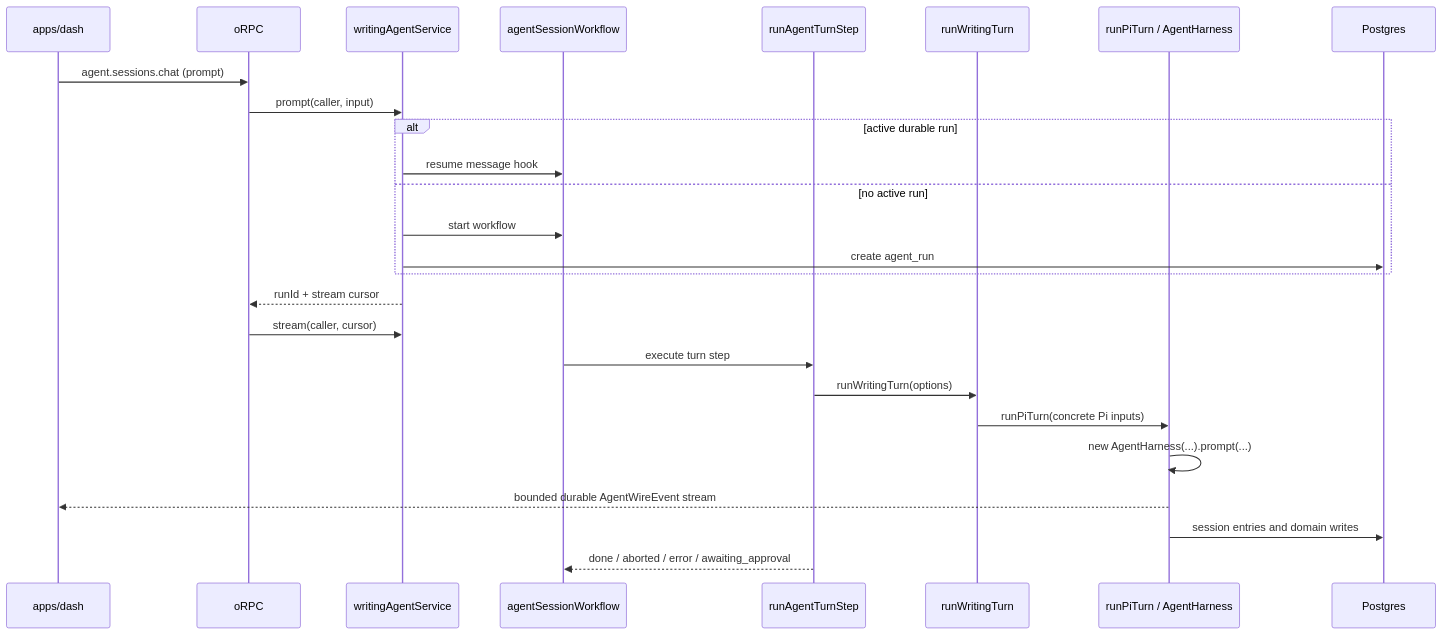
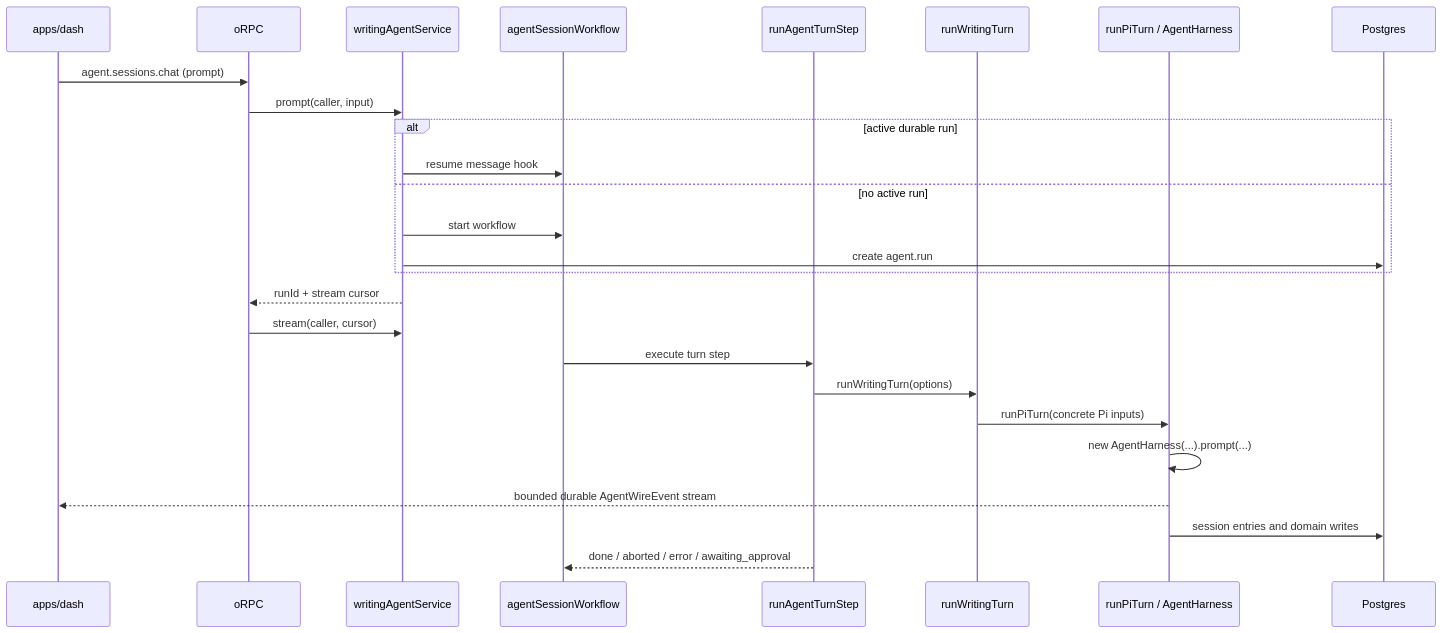
The second of 3 diagrams in docs/agent-architecture.md (Chia1104/chia1104.dev), drawn with Mermaid before and after one commit. The commit also changed other lines of this file and 23 other files, not shown here.

First line of the commit message:
refactor(db): move agent tables into the agent Postgres schema

````diff
--- a/docs/agent-architecture.md
+++ b/docs/agent-architecture.md
@@ -120,29 +120,29 @@
 ```mermaid
 sequenceDiagram
     participant UI as apps/dash
     participant RPC as oRPC
     participant SVC as writingAgentService
     participant WF as agentSessionWorkflow
     participant STEP as runAgentTurnStep
     participant WR as runWritingTurn
     participant PI as runPiTurn / AgentHarness
     participant PG as Postgres
 
     UI->>RPC: agent.sessions.chat (prompt)
     RPC->>SVC: prompt(caller, input)
     alt active durable run
         SVC->>WF: resume message hook
     else no active run
         SVC->>WF: start workflow
-        SVC->>PG: create agent_run
+        SVC->>PG: create agent.run
     end
     SVC-->>RPC: runId + stream cursor
     RPC->>SVC: stream(caller, cursor)
     WF->>STEP: execute turn step
     STEP->>WR: runWritingTurn(options)
     WR->>PI: runPiTurn(concrete Pi inputs)
     PI->>PI: new AgentHarness(...).prompt(...)
     PI-->>UI: bounded durable AgentWireEvent stream
     PI->>PG: session entries and domain writes
     STEP-->>WF: done / aborted / error / awaiting_approval
 ```
````
